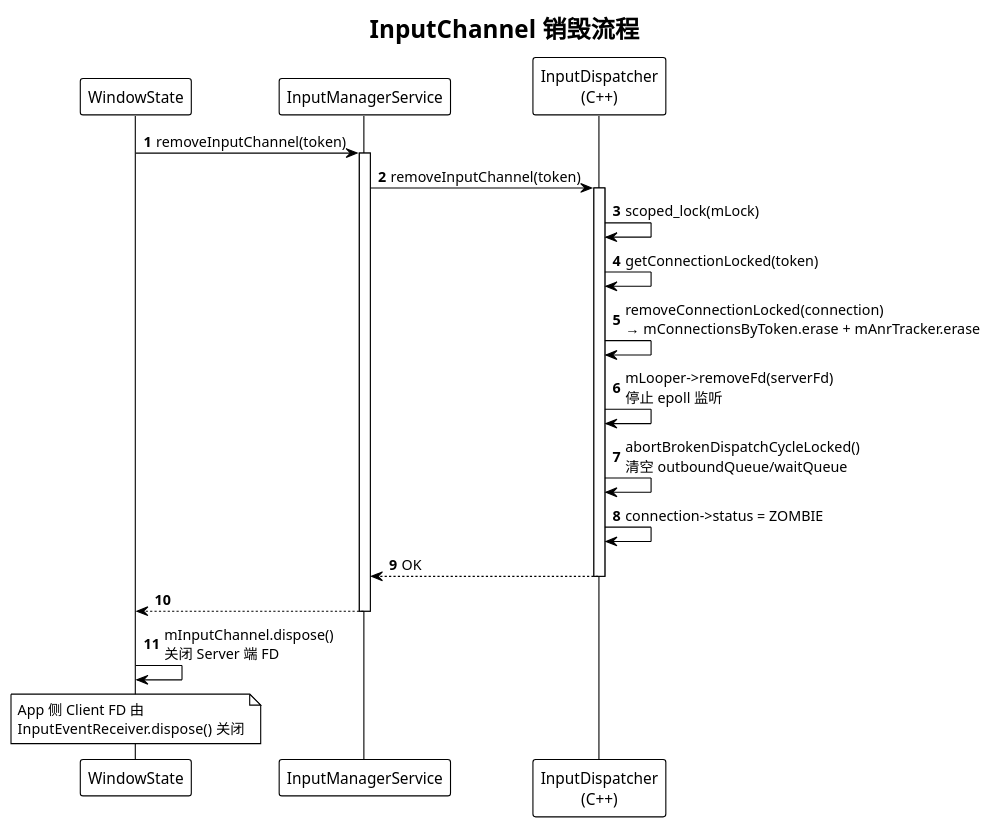
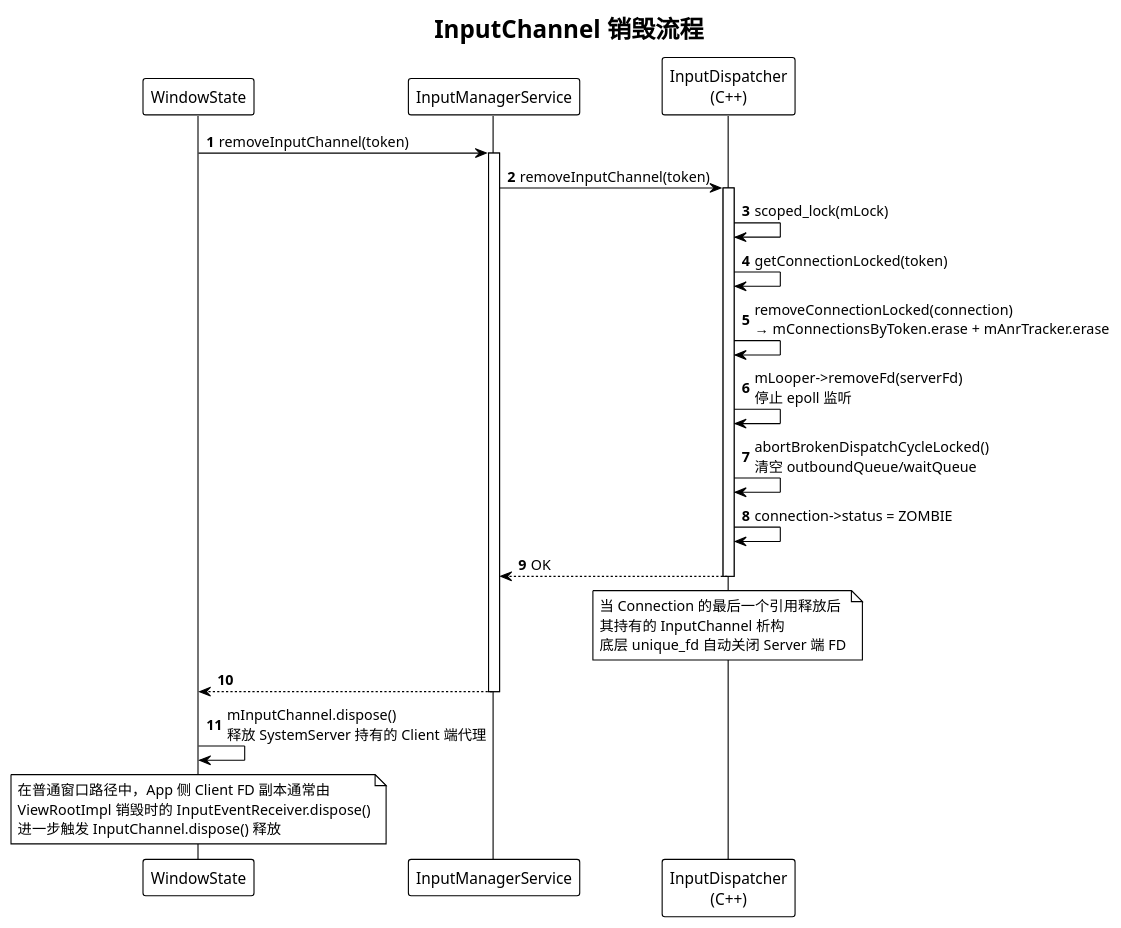
Before and after one commit to Ethen-Cao/ethenslab: the second of 2 diagrams in content/android-dev/windowmanager/inputchannel.md, drawn with PlantUML. The commit also changed other lines of this file and 3 other files, not shown here.

````diff
--- a/content/android-dev/windowmanager/inputchannel.md
+++ b/content/android-dev/windowmanager/inputchannel.md
@@ -330,36 +345,38 @@
 ```plantuml
 @startuml
 !theme plain
 title InputChannel 销毁流程
 
 participant "WindowState" as WS
 participant "InputManagerService" as IMS
 participant "InputDispatcher\n(C++)" as ID
 
 autonumber
 
 WS -> IMS: removeInputChannel(token)
 activate IMS
 
 IMS -> ID: removeInputChannel(token)
 activate ID
 
 ID -> ID: scoped_lock(mLock)
 ID -> ID: getConnectionLocked(token)
 ID -> ID: removeConnectionLocked(connection)\n→ mConnectionsByToken.erase + mAnrTracker.erase
 ID -> ID: mLooper->removeFd(serverFd)\n停止 epoll 监听
 ID -> ID: abortBrokenDispatchCycleLocked()\n清空 outboundQueue/waitQueue
 ID -> ID: connection->status = ZOMBIE
 
 ID --> IMS: OK
 deactivate ID
 
+note over ID: 当 Connection 的最后一个引用释放后\n其持有的 InputChannel 析构\n底层 unique_fd 自动关闭 Server 端 FD
+
 IMS --> WS
 deactivate IMS
 
-WS -> WS: mInputChannel.dispose()\n关闭 Server 端 FD
+WS -> WS: mInputChannel.dispose()\n释放 SystemServer 持有的 Client 端代理
 
-note over WS: App 侧 Client FD 由\nInputEventReceiver.dispose() 关闭
+note over WS: 在普通窗口路径中，App 侧 Client FD 副本通常由\nViewRootImpl 销毁时的 InputEventReceiver.dispose()\n进一步触发 InputChannel.dispose() 释放
 
 @enduml
 ```
````
